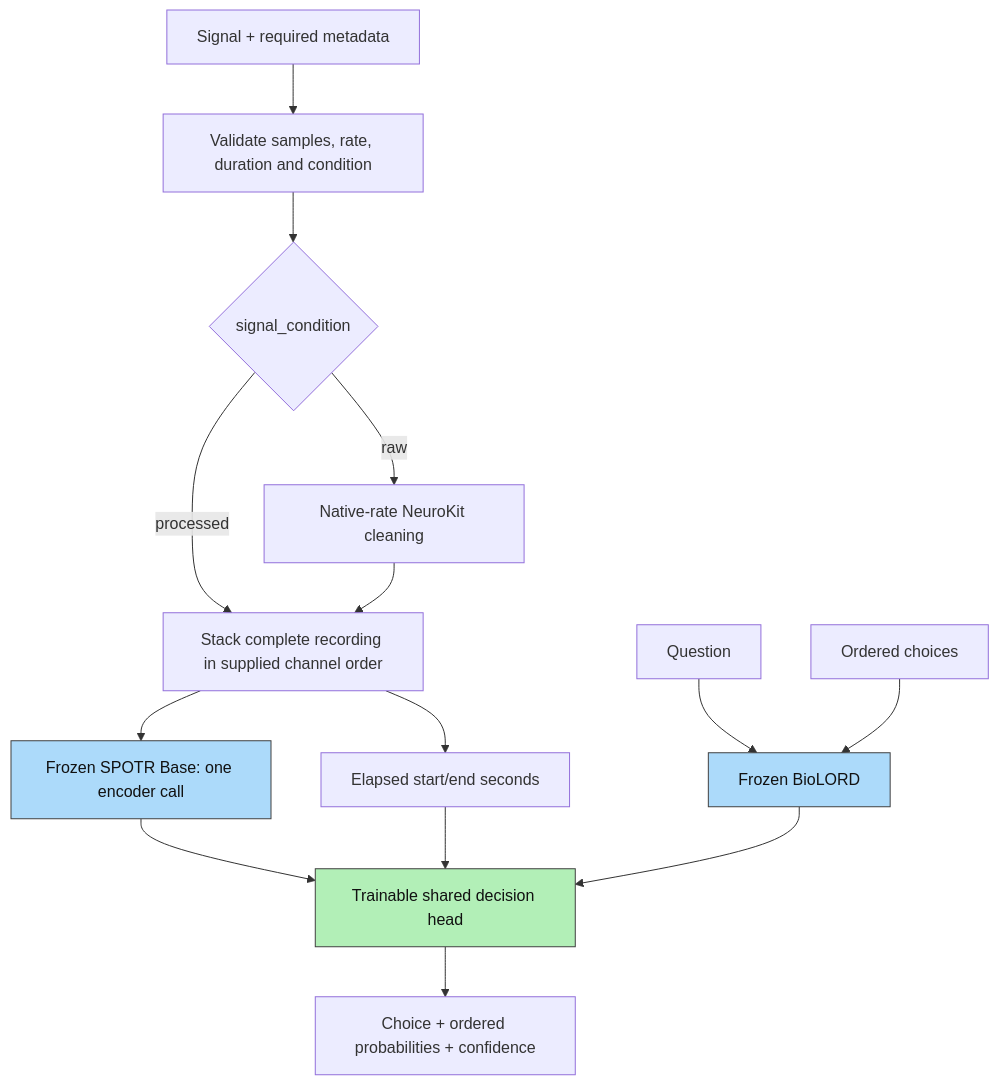
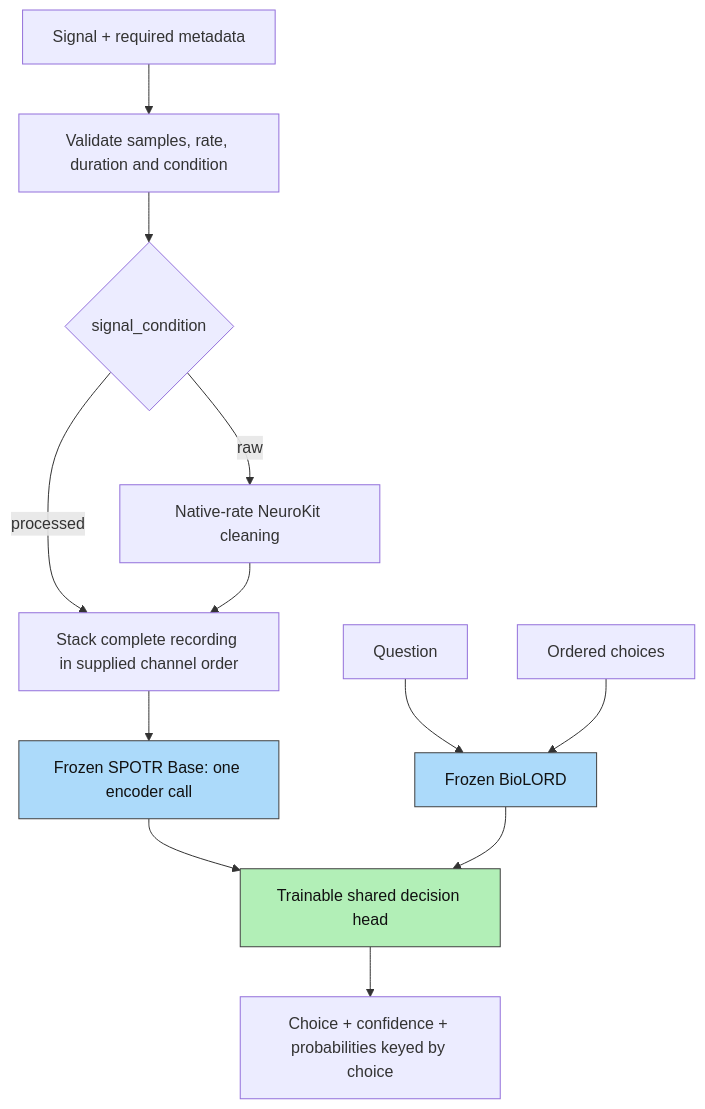
The diagram in docs/architecture-fix.md (yeabwang/paya), drawn with Mermaid before and after one commit. The commit also changed other lines of this file and 24 other files, not shown here.

````diff
--- a/docs/architecture-fix.md
+++ b/docs/architecture-fix.md
@@ -5,20 +5,18 @@
 ```mermaid
 flowchart TD
     S[Signal + required metadata] --> V[Validate samples, rate, duration and condition]
     V --> C{signal_condition}
     C -->|raw| N[Native-rate NeuroKit cleaning]
     C -->|processed| F[Stack complete recording in supplied channel order]
     N --> F
     F --> E[Frozen SPOTR Base: one encoder call]
-    F --> I[Elapsed start/end seconds]
     E --> H[Trainable shared decision head]
-    I --> H
     Q[Question] --> T[Frozen BioLORD]
     A[Ordered choices] --> T
     T --> H
-    H --> O[Choice + ordered probabilities + confidence]
+    H --> O[Choice + confidence + probabilities keyed by choice]
     classDef frozen fill:#acdafa,stroke:#404040,color:#111;
     classDef trainable fill:#b2efb7,stroke:#404040,color:#111;
     class E,T frozen;
     class H trainable;
 ```
````
